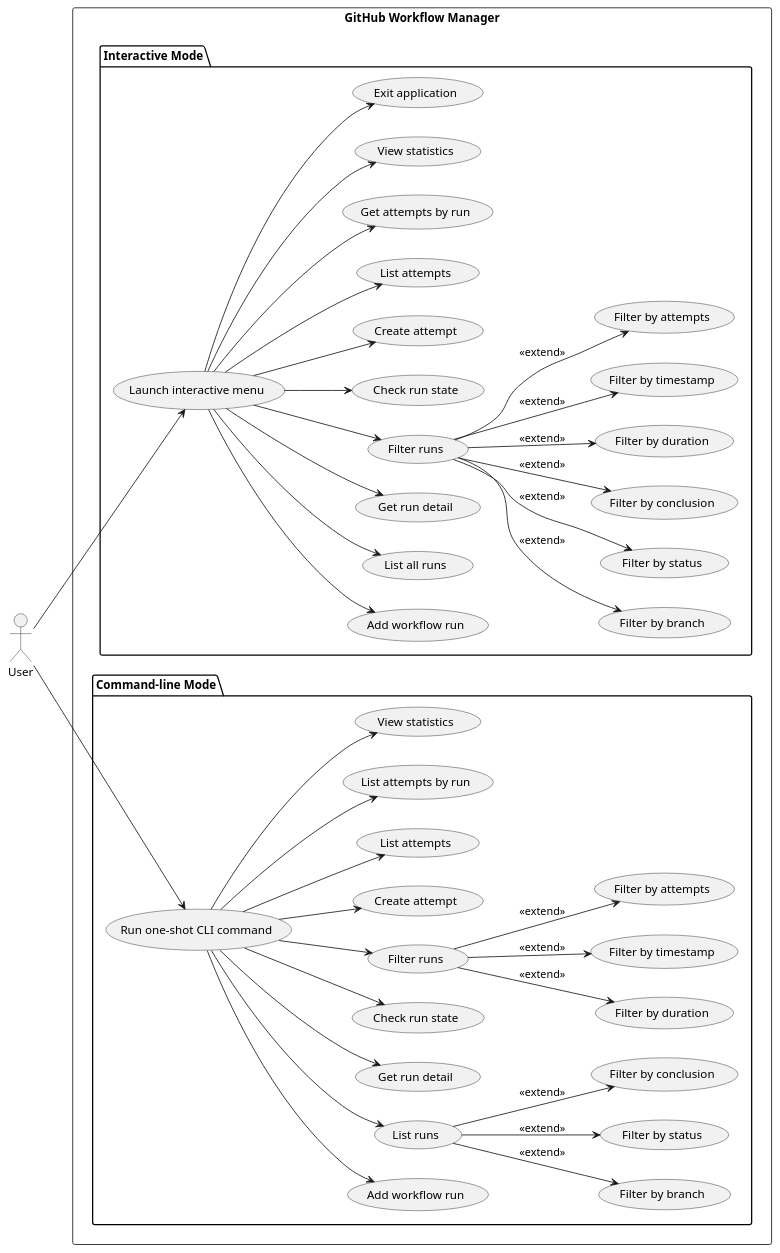
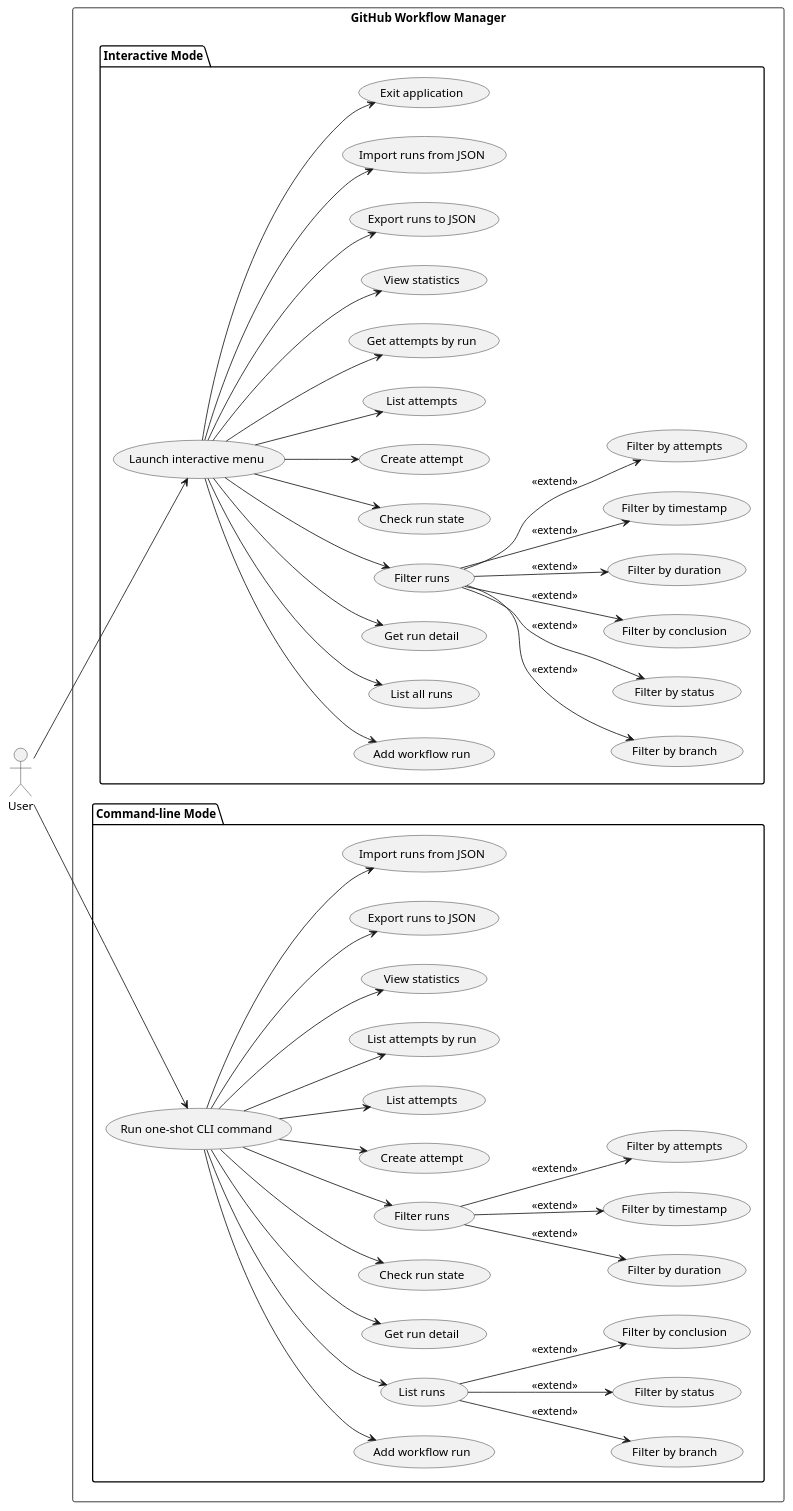
One commit to DanielRiha8906/Software_autoevolution_using_agents changed the diagram in experiments/broadcast/structured_text/github-workflow-manager/artifacts/use_case_diagram.puml. Above: the diagram before and after it, drawn with PlantUML. The commit also changed 4 other files, not shown here.

```diff
--- a/experiments/broadcast/structured_text/github-workflow-manager/artifacts/use_case_diagram.puml
+++ b/experiments/broadcast/structured_text/github-workflow-manager/artifacts/use_case_diagram.puml
@@ -1,89 +1,97 @@
 @startuml use_case_diagram
 
 left to right direction
 
 actor User
 
 rectangle "GitHub Workflow Manager" {
 
   package "Interactive Mode" {
     usecase "Launch interactive menu"  as UI
     usecase "Add workflow run"         as I_ADD
     usecase "List all runs"            as I_LIST
     usecase "Get run detail"           as I_DETAIL
     usecase "Filter runs"              as I_FILTER
     usecase "Filter by branch"         as I_FBRANCH
     usecase "Filter by status"         as I_FSTATUS
     usecase "Filter by conclusion"     as I_FCONCL
     usecase "Filter by duration"       as I_FDURATION
     usecase "Filter by timestamp"      as I_FTIMESTAMP
     usecase "Filter by attempts"       as I_FATTEMPTS
     usecase "Check run state"          as I_CHECK
     usecase "Create attempt"           as I_CREATE_ATT
     usecase "List attempts"            as I_LIST_ATT
     usecase "Get attempts by run"      as I_GET_ATT
     usecase "View statistics"          as I_STATS
+    usecase "Export runs to JSON"      as I_EXPORT
+    usecase "Import runs from JSON"    as I_IMPORT
     usecase "Exit application"         as I_EXIT
   }
 
   package "Command-line Mode" {
     usecase "Run one-shot CLI command" as CLI
     usecase "Add workflow run"         as C_ADD
     usecase "List runs"                as C_LIST
     usecase "Filter by branch"         as C_FBRANCH
     usecase "Filter by status"         as C_FSTATUS
     usecase "Filter by conclusion"     as C_FCONCL
     usecase "Get run detail"           as C_DETAIL
     usecase "Check run state"          as C_CHECK
     usecase "Filter runs"              as C_FILTER
     usecase "Filter by duration"       as C_FDURATION
     usecase "Filter by timestamp"      as C_FTIMESTAMP
     usecase "Filter by attempts"       as C_FATTEMPTS
     usecase "Create attempt"           as C_CREATE_ATT
     usecase "List attempts"            as C_LIST_ATT
     usecase "List attempts by run"     as C_GET_ATT
     usecase "View statistics"          as C_STATS
+    usecase "Export runs to JSON"      as C_EXPORT
+    usecase "Import runs from JSON"    as C_IMPORT
   }
 }
 
 User --> UI
 User --> CLI
 
 UI --> I_ADD
 UI --> I_LIST
 UI --> I_DETAIL
 UI --> I_FILTER
 UI --> I_CHECK
 UI --> I_CREATE_ATT
 UI --> I_LIST_ATT
 UI --> I_GET_ATT
 UI --> I_STATS
+UI --> I_EXPORT
+UI --> I_IMPORT
 UI --> I_EXIT
 
 I_FILTER --> I_FBRANCH     : <<extend>>
 I_FILTER --> I_FSTATUS     : <<extend>>
 I_FILTER --> I_FCONCL      : <<extend>>
 I_FILTER --> I_FDURATION   : <<extend>>
 I_FILTER --> I_FTIMESTAMP  : <<extend>>
 I_FILTER --> I_FATTEMPTS   : <<extend>>
 
 CLI --> C_ADD
 CLI --> C_LIST
 CLI --> C_DETAIL
 CLI --> C_CHECK
 CLI --> C_CREATE_ATT
 CLI --> C_LIST_ATT
 CLI --> C_GET_ATT
 CLI --> C_STATS
+CLI --> C_EXPORT
+CLI --> C_IMPORT
 
 C_LIST --> C_FBRANCH     : <<extend>>
 C_LIST --> C_FSTATUS     : <<extend>>
 C_LIST --> C_FCONCL      : <<extend>>
 
 C_FILTER --> C_FDURATION   : <<extend>>
 C_FILTER --> C_FTIMESTAMP  : <<extend>>
 C_FILTER --> C_FATTEMPTS   : <<extend>>
 
 CLI --> C_FILTER
 
 @enduml
```
